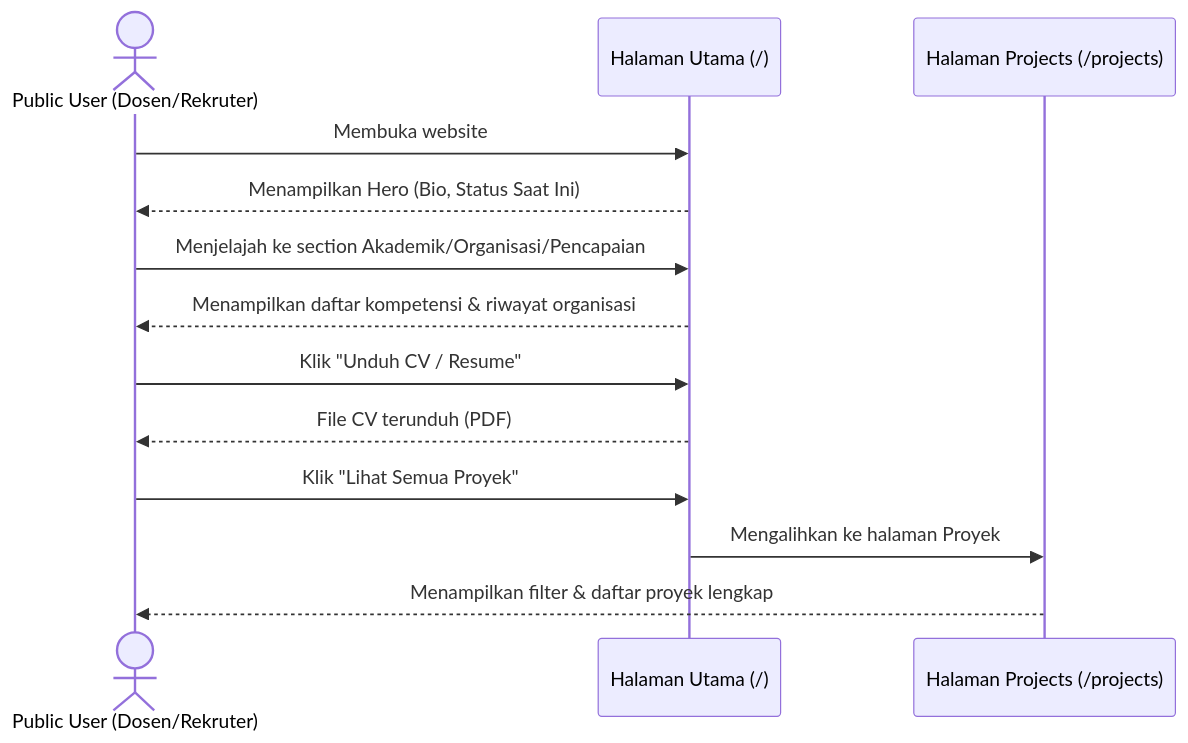
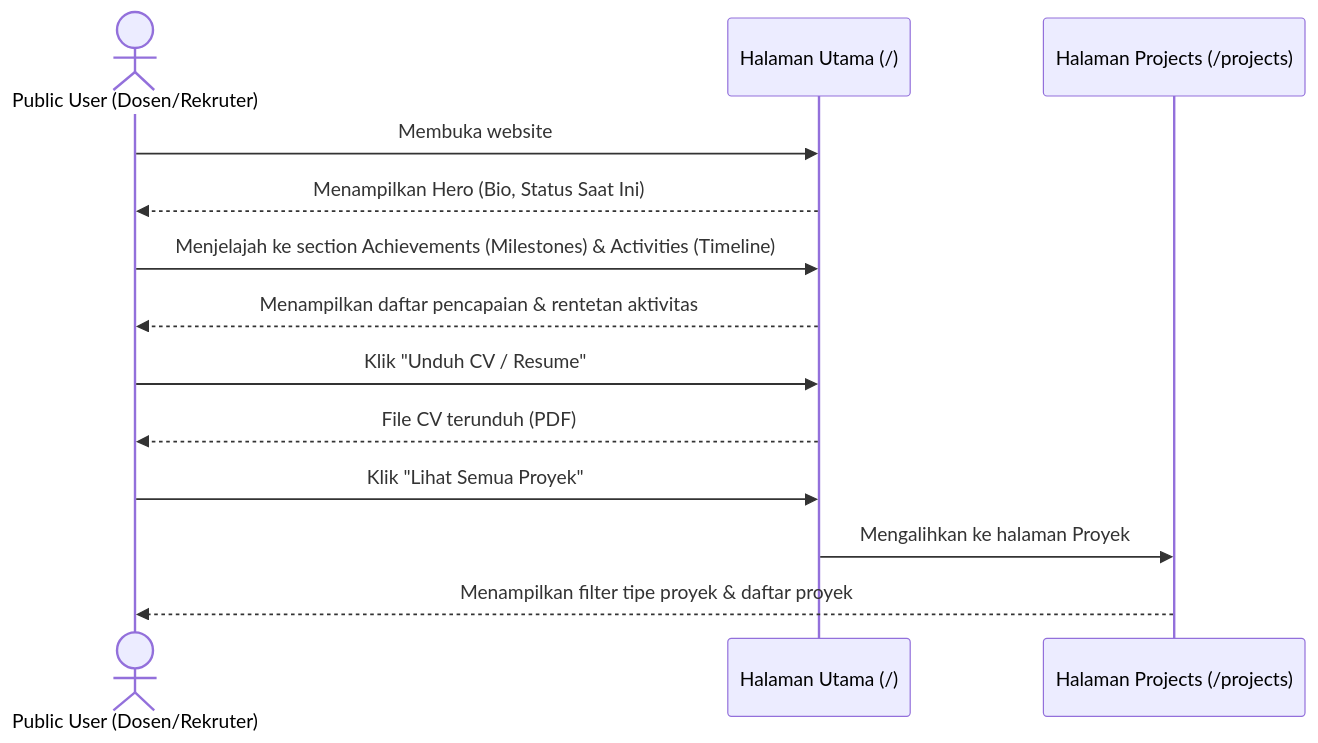
One commit to Abdullah12912/portofolio changed the first of 5 diagrams in docs/01-product/User Flow.md. Above: the diagram before and after it, drawn with Mermaid. The commit also changed other lines of this file and 14 other files, not shown here.

````diff
--- a/docs/01-product/User Flow.md
+++ b/docs/01-product/User Flow.md
@@ -14,16 +14,16 @@
 ```mermaid
 sequenceDiagram
     actor User as Public User (Dosen/Rekruter)
     participant Home as Halaman Utama (/)
     participant Projects as Halaman Projects (/projects)
     
     User->>Home: Membuka website
     Home-->>User: Menampilkan Hero (Bio, Status Saat Ini)
-    User->>Home: Menjelajah ke section Akademik/Organisasi/Pencapaian
-    Home-->>User: Menampilkan daftar kompetensi & riwayat organisasi
+    User->>Home: Menjelajah ke section Achievements (Milestones) & Activities (Timeline)
+    Home-->>User: Menampilkan daftar pencapaian & rentetan aktivitas
     User->>Home: Klik "Unduh CV / Resume"
     Home-->>User: File CV terunduh (PDF)
     User->>Home: Klik "Lihat Semua Proyek"
     Home->>Projects: Mengalihkan ke halaman Proyek
-    Projects-->>User: Menampilkan filter & daftar proyek lengkap
+    Projects-->>User: Menampilkan filter tipe proyek & daftar proyek
 ```
````
